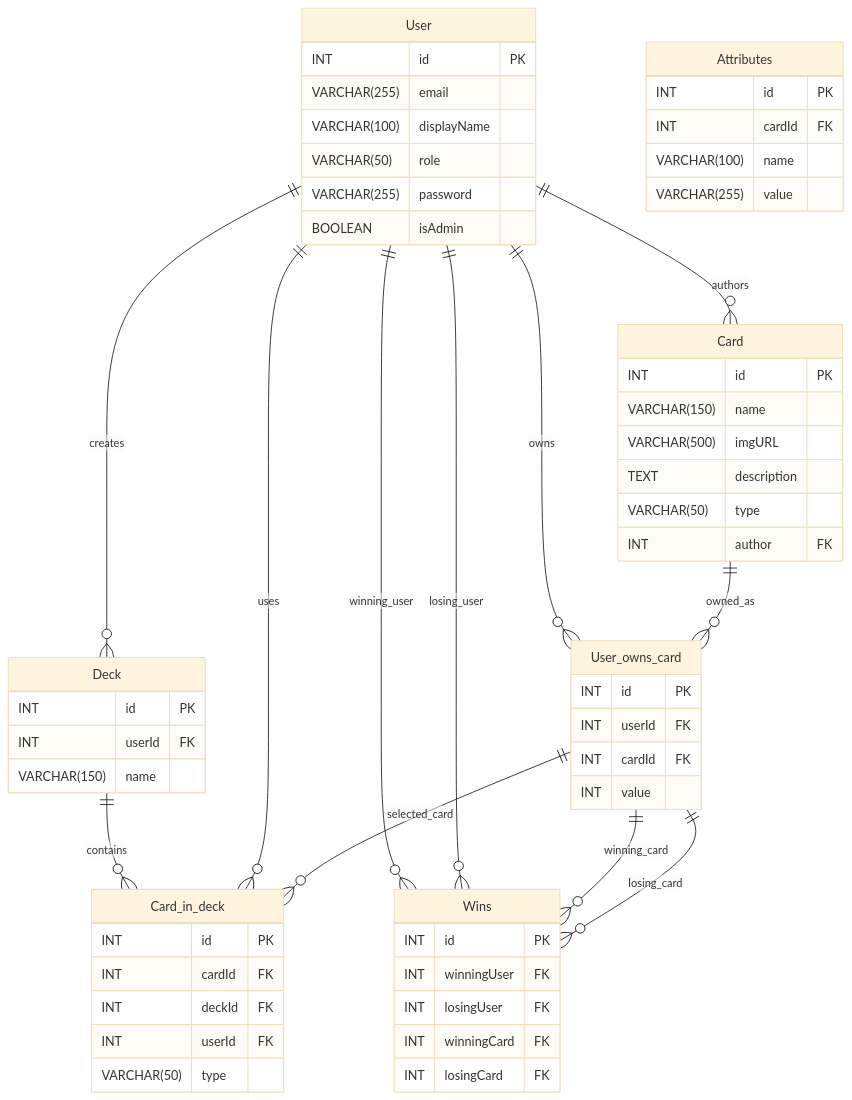
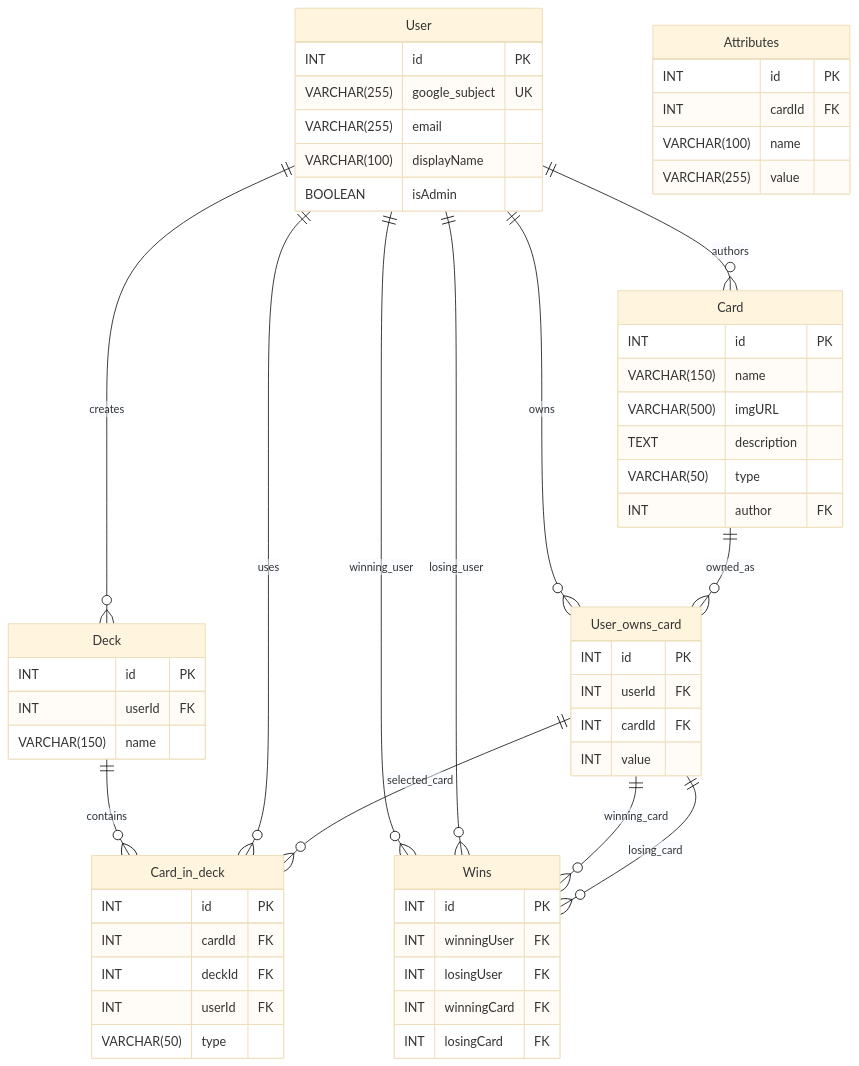
The diagram in docs/ER_Diagram.md (auPhippsCSUMB/CardBattle), drawn with Mermaid (base theme) before and after one commit. The commit also changed 22 other files, not shown here.

````diff
--- a/docs/ER_Diagram.md
+++ b/docs/ER_Diagram.md
@@ -1,68 +1,67 @@
 ```mermaid
 erDiagram
     User {
         INT id PK
+        VARCHAR(255) google_subject UK
         VARCHAR(255) email
         VARCHAR(100) displayName
-        VARCHAR(50) role
-        VARCHAR(255) password
         BOOLEAN isAdmin
     }
 
     Card {
         INT id PK
         VARCHAR(150) name
         VARCHAR(500) imgURL
         TEXT description
         VARCHAR(50) type
         INT author FK
     }
 
     Attributes {
         INT id PK
         INT cardId FK
         VARCHAR(100) name
         VARCHAR(255) value
     }
 
     User_owns_card {
         INT id PK
         INT userId FK
         INT cardId FK
         INT value
     }
 
     Deck {
         INT id PK
         INT userId FK
         VARCHAR(150) name
     }
 
     Card_in_deck {
         INT id PK
         INT cardId FK
         INT deckId FK
         INT userId FK
         VARCHAR(50) type
     }
 
     Wins {
         INT id PK
         INT winningUser FK
         INT losingUser FK
         INT winningCard FK
         INT losingCard FK
     }
 
     User ||--o{ Card : authors
     User ||--o{ User_owns_card : owns
     Card ||--o{ User_owns_card : owned_as
     User ||--o{ Deck : creates
     Deck ||--o{ Card_in_deck : contains
     User ||--o{ Card_in_deck : uses
     User_owns_card ||--o{ Card_in_deck : selected_card
     User ||--o{ Wins : winning_user
     User ||--o{ Wins : losing_user
     User_owns_card ||--o{ Wins : winning_card
     User_owns_card ||--o{ Wins : losing_card
 ```
````
